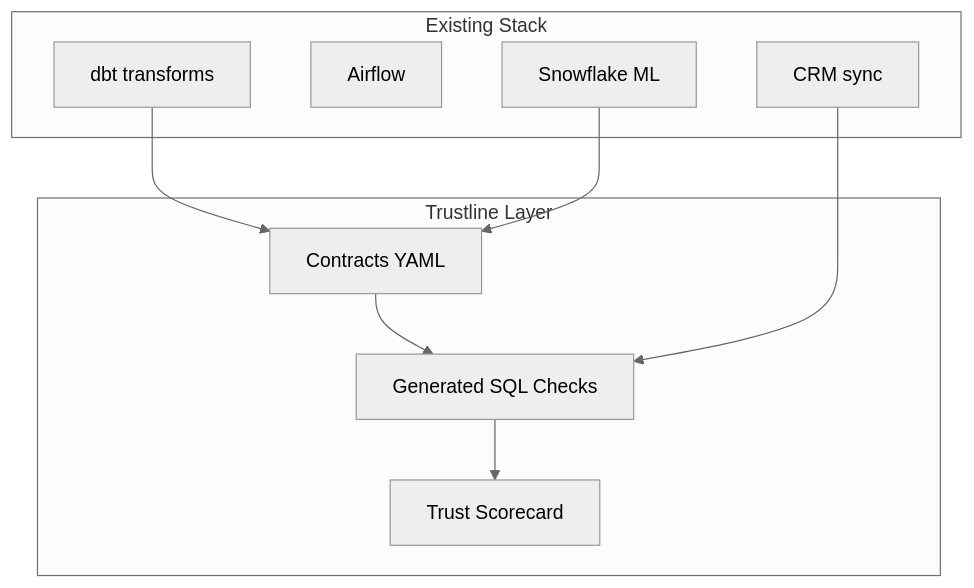
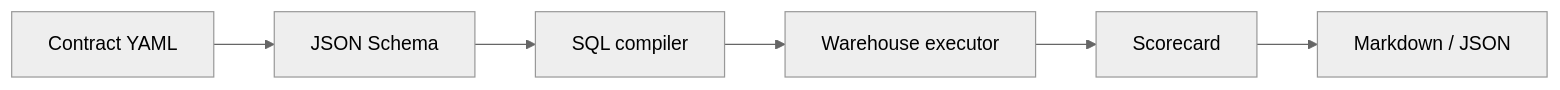
Before and after one commit to OmarFarooq908/Trustline: the diagram in docs/index.md, drawn with Mermaid (neutral theme). The commit also changed other lines of this file and 18 other files, not shown here.

````diff
--- a/docs/index.md
+++ b/docs/index.md
@@ -80,19 +43,8 @@
 ```mermaid
-flowchart TB
-    subgraph existing [Existing Stack]
-        dbt[dbt transforms]
-        airflow[Airflow]
-        snowflake[Snowflake ML]
-        crm[CRM sync]
-    end
-    subgraph trustline [Trustline Layer]
-        contracts[Contracts YAML]
-        checks[Generated SQL Checks]
-        scorecard[Trust Scorecard]
-    end
-    dbt --> contracts
-    contracts --> checks
-    checks --> scorecard
-    snowflake --> contracts
-    crm --> checks
+flowchart LR
+    YAML[Contract YAML] --> Validate[JSON Schema]
+    Validate --> Compile[SQL compiler]
+    Compile --> Executor[Warehouse executor]
+    Executor --> Scorecard[Scorecard]
+    Scorecard --> Report[Markdown / JSON]
 ```
````
